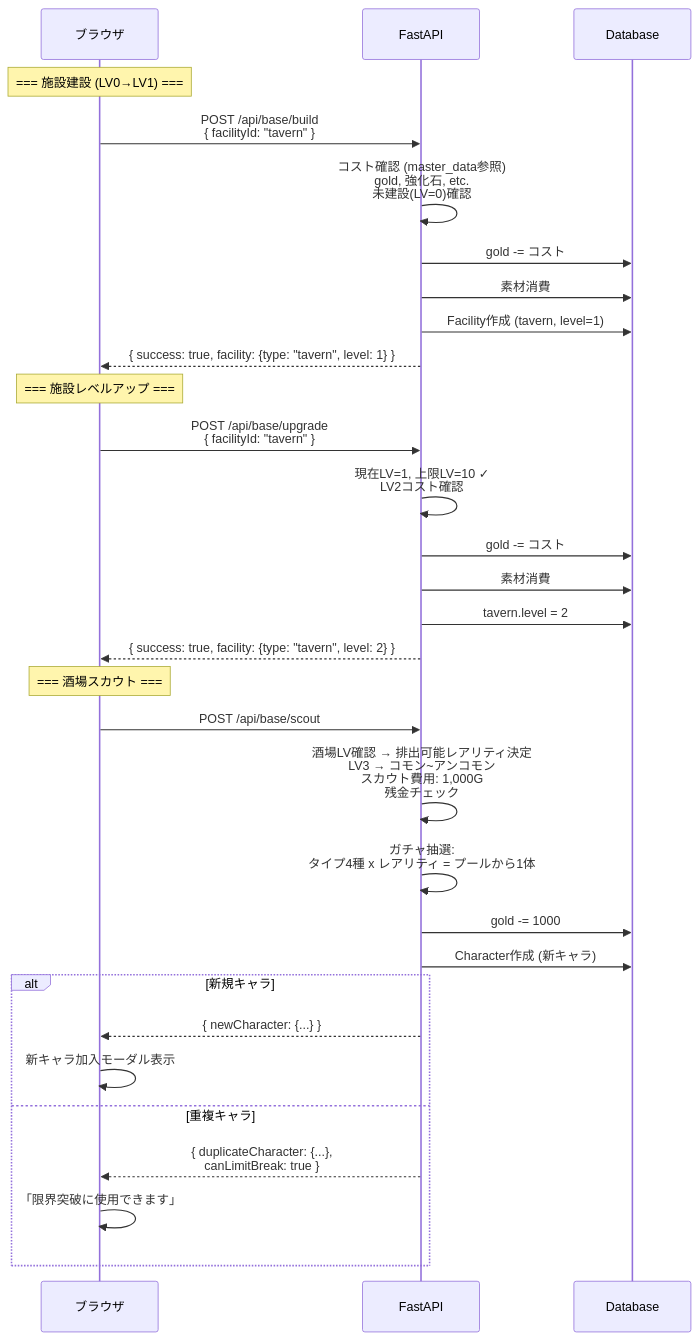
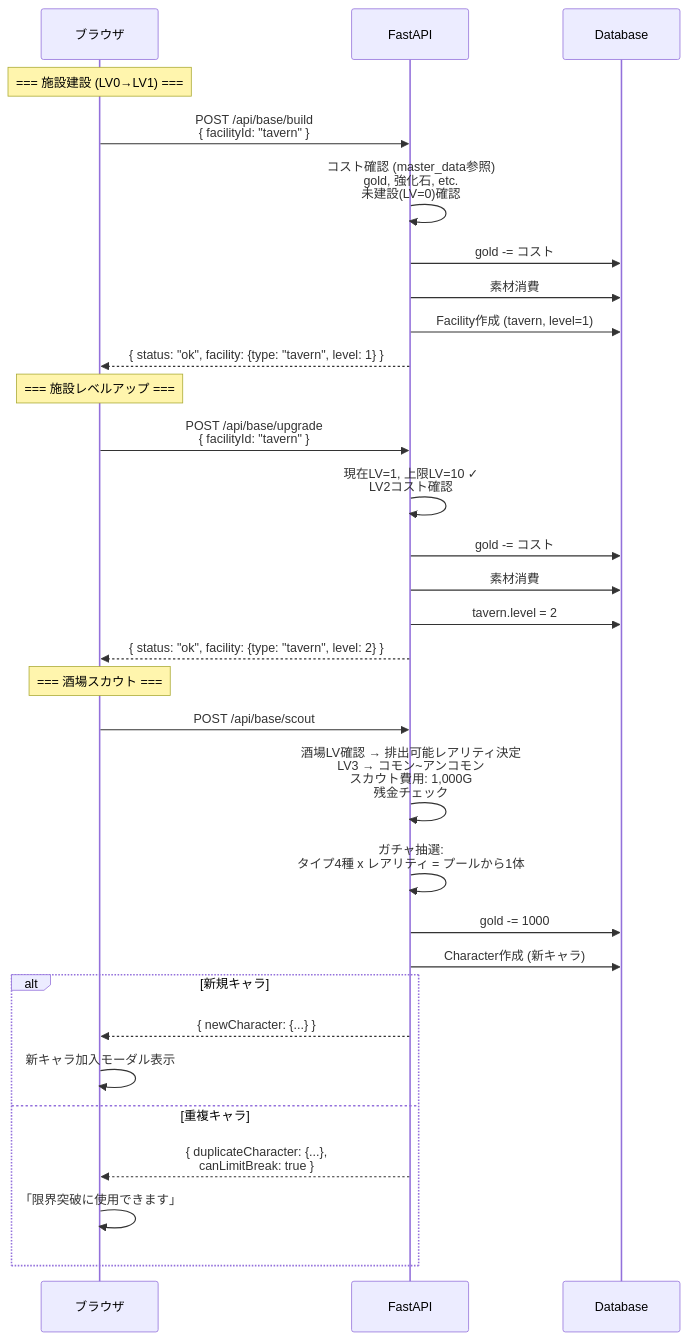
One commit to dateeee/2026_AFKGAME changed the ninth of 14 diagrams in diagrams/api_sequence.md. Above: the diagram before and after it, drawn with Mermaid. The commit also changed other lines of this file and 34 other files, not shown here.

First line of the commit message:
docs+fix: 工程定義に基づく要件〜詳細設計の見直し — 全仕様書・設計図レビューと指摘修正

````diff
--- a/diagrams/api_sequence.md
+++ b/diagrams/api_sequence.md
@@ -311,48 +347,48 @@
 ```mermaid
 %%{init: {'theme': 'default', 'sequence': {'actorFontSize': 18, 'messageFontSize': 16, 'noteFontSize': 14}} }%%
 sequenceDiagram
     participant B as ブラウザ
     participant API as FastAPI
     participant DB as Database
 
     Note over B: === 施設建設 (LV0→LV1) ===
 
     B->>API: POST /api/base/build<br/>{ facilityId: "tavern" }
 
     API->>API: コスト確認 (master_data参照)<br/>gold, 強化石, etc.<br/>未建設(LV=0)確認
 
     API->>DB: gold -= コスト
     API->>DB: 素材消費
     API->>DB: Facility作成 (tavern, level=1)
-    API-->>B: { success: true, facility: {type: "tavern", level: 1} }
+    API-->>B: { status: "ok", facility: {type: "tavern", level: 1} }
 
     Note over B: === 施設レベルアップ ===
 
     B->>API: POST /api/base/upgrade<br/>{ facilityId: "tavern" }
 
     API->>API: 現在LV=1, 上限LV=10 ✓<br/>LV2コスト確認
 
     API->>DB: gold -= コスト
     API->>DB: 素材消費
     API->>DB: tavern.level = 2
-    API-->>B: { success: true, facility: {type: "tavern", level: 2} }
+    API-->>B: { status: "ok", facility: {type: "tavern", level: 2} }
 
     Note over B: === 酒場スカウト ===
 
     B->>API: POST /api/base/scout
 
     API->>API: 酒場LV確認 → 排出可能レアリティ決定<br/>LV3 → コモン~アンコモン<br/>スカウト費用: 1,000G<br/>残金チェック
 
     API->>API: ガチャ抽選:<br/>タイプ4種 x レアリティ = プールから1体
 
     API->>DB: gold -= 1000
     API->>DB: Character作成 (新キャラ)
 
     alt 新規キャラ
         API-->>B: { newCharacter: {...} }
         B->>B: 新キャラ加入モーダル表示
     else 重複キャラ
         API-->>B: { duplicateCharacter: {...},<br/>  canLimitBreak: true }
         B->>B: 「限界突破に使用できます」
     end
 ```
````
